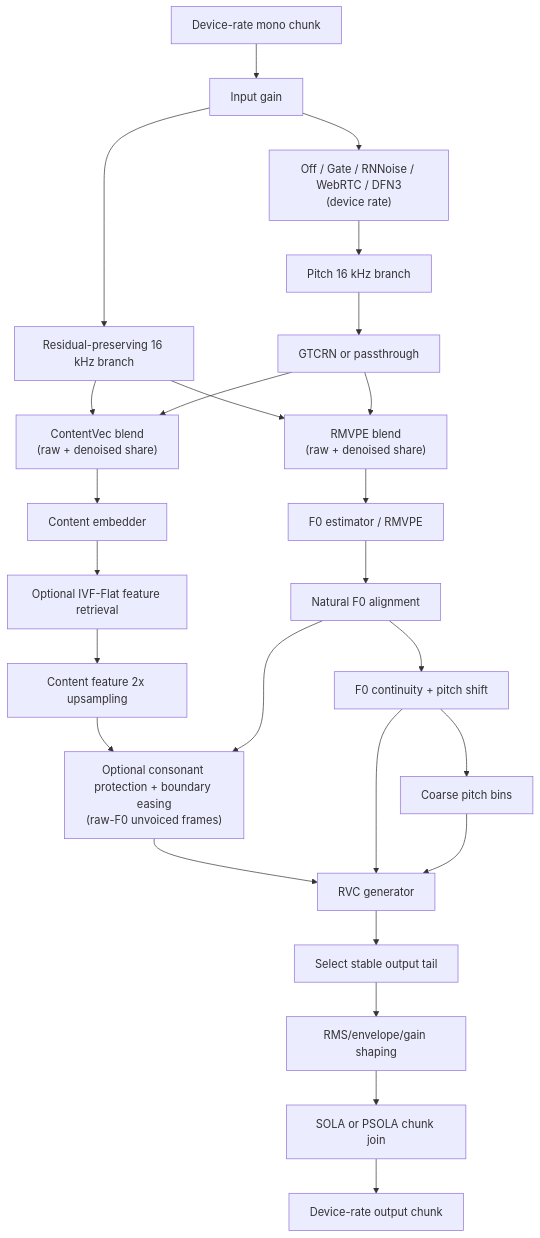
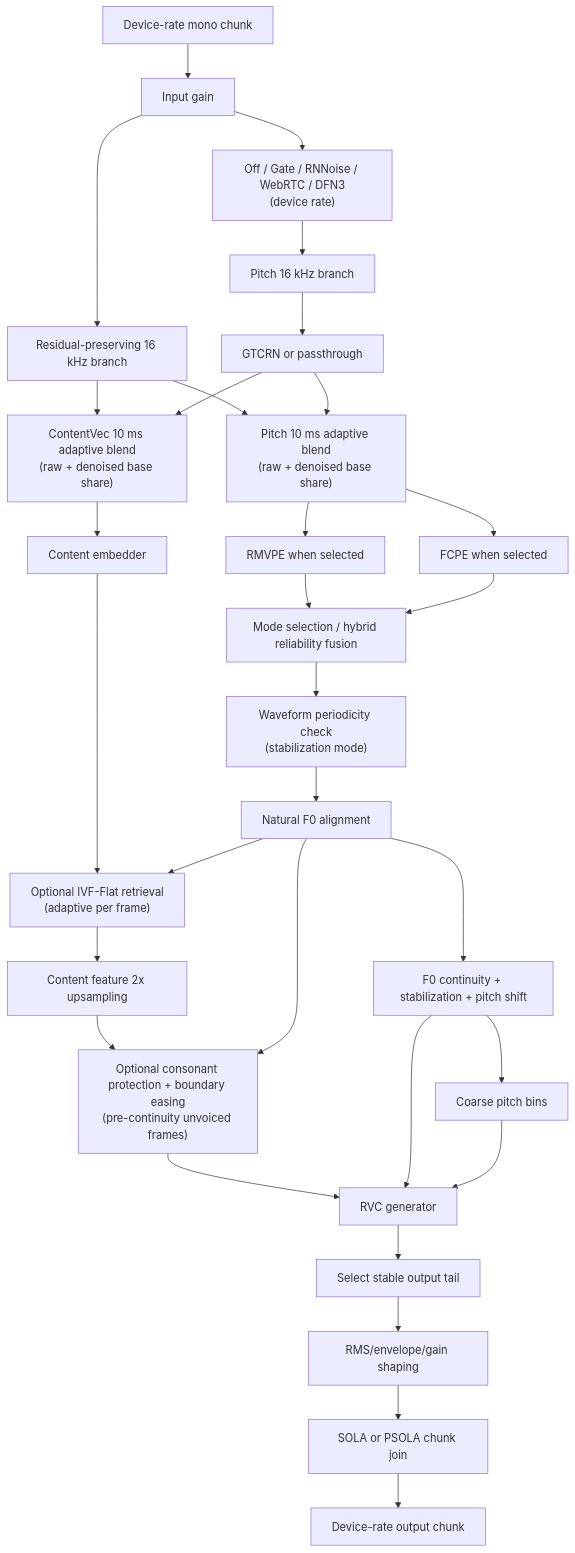
Before and after one commit to ImWuMie/vc-rs: the second of 2 diagrams in docs/architecture.md, drawn with Mermaid. The commit also changed other lines of this file and 55 other files, not shown here.

````diff
--- a/docs/architecture.md
+++ b/docs/architecture.md
@@ -127,28 +127,33 @@
 ```mermaid
 flowchart TD
     input["Device-rate mono chunk"] --> gain["Input gain"]
     gain --> raw16["Residual-preserving 16 kHz branch"]
     gain --> denoise["Off / Gate / RNNoise / WebRTC / DFN3<br/>(device rate)"]
     denoise --> pitch16["Pitch 16 kHz branch"]
     pitch16 --> gtcrn["GTCRN or passthrough"]
-    raw16 --> blend["ContentVec blend<br/>(raw + denoised share)"]
+    raw16 --> blend["ContentVec 10 ms adaptive blend<br/>(raw + denoised base share)"]
     gtcrn --> blend
-    raw16 --> rmvpeblend["RMVPE blend<br/>(raw + denoised share)"]
-    gtcrn --> rmvpeblend
+    raw16 --> pitchblend["Pitch 10 ms adaptive blend<br/>(raw + denoised base share)"]
+    gtcrn --> pitchblend
     blend --> embed["Content embedder"]
-    rmvpeblend --> f0["F0 estimator / RMVPE"]
-    embed --> retrieve["Optional IVF-Flat feature retrieval"]
+    pitchblend --> rmvpe["RMVPE when selected"]
+    pitchblend --> fcpe["FCPE when selected"]
+    rmvpe --> select["Mode selection / hybrid reliability fusion"]
+    fcpe --> select
+    select --> periodicity["Waveform periodicity check<br/>(stabilization mode)"]
+    periodicity --> rawf0["Natural F0 alignment"]
+    embed --> retrieve["Optional IVF-Flat retrieval<br/>(adaptive per frame)"]
+    rawf0 --> retrieve
     retrieve --> feats["Content feature 2x upsampling"]
-    f0 --> rawf0["Natural F0 alignment"]
-    feats --> protect["Optional consonant protection + boundary easing<br/>(raw-F0 unvoiced frames)"]
+    feats --> protect["Optional consonant protection + boundary easing<br/>(pre-continuity unvoiced frames)"]
     rawf0 --> protect
     protect --> rvc["RVC generator"]
-    rawf0 --> pitchf["F0 continuity + pitch shift"]
+    rawf0 --> pitchf["F0 continuity + stabilization + pitch shift"]
     pitchf --> coarse["Coarse pitch bins"]
     pitchf --> rvc
     coarse --> rvc
     rvc --> tail["Select stable output tail"]
     tail --> level["RMS/envelope/gain shaping"]
     level --> join["SOLA or PSOLA chunk join"]
     join --> device["Device-rate output chunk"]
 ```
````
